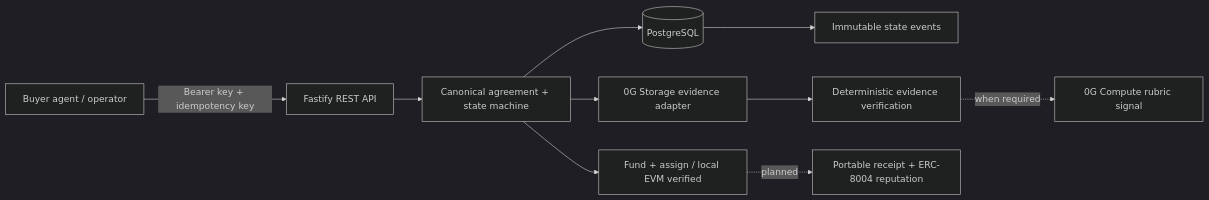
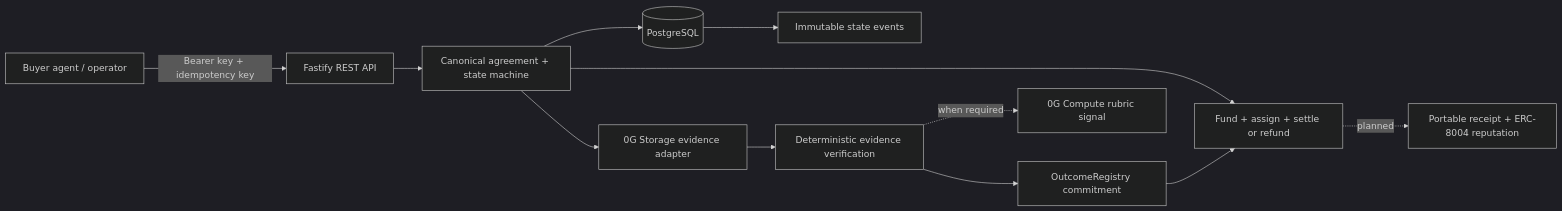
The diagram in README.md (anikeaty08/AgentClear), drawn with Mermaid (dark theme) before and after one commit. The commit also changed other lines of this file and 32 other files, not shown here.

````diff
--- a/README.md
+++ b/README.md
@@ -7,12 +7,14 @@
 ```mermaid
 flowchart LR
   Client[Buyer agent / operator] -->|Bearer key + idempotency key| API[Fastify REST API]
   API --> Domain[Canonical agreement + state machine]
   Domain --> DB[(PostgreSQL)]
   DB --> Events[Immutable state events]
-  Domain --> Chain[Fund + assign / local EVM verified]
+  Domain --> Chain[Fund + assign + settle or refund]
   Domain --> Storage[0G Storage evidence adapter]
   Storage --> Verify[Deterministic evidence verification]
   Verify -. when required .-> Compute[0G Compute rubric signal]
+  Verify --> Outcome[OutcomeRegistry commitment]
+  Outcome --> Chain
   Chain -. planned .-> Receipt[Portable receipt + ERC-8004 reputation]
 ```
````
